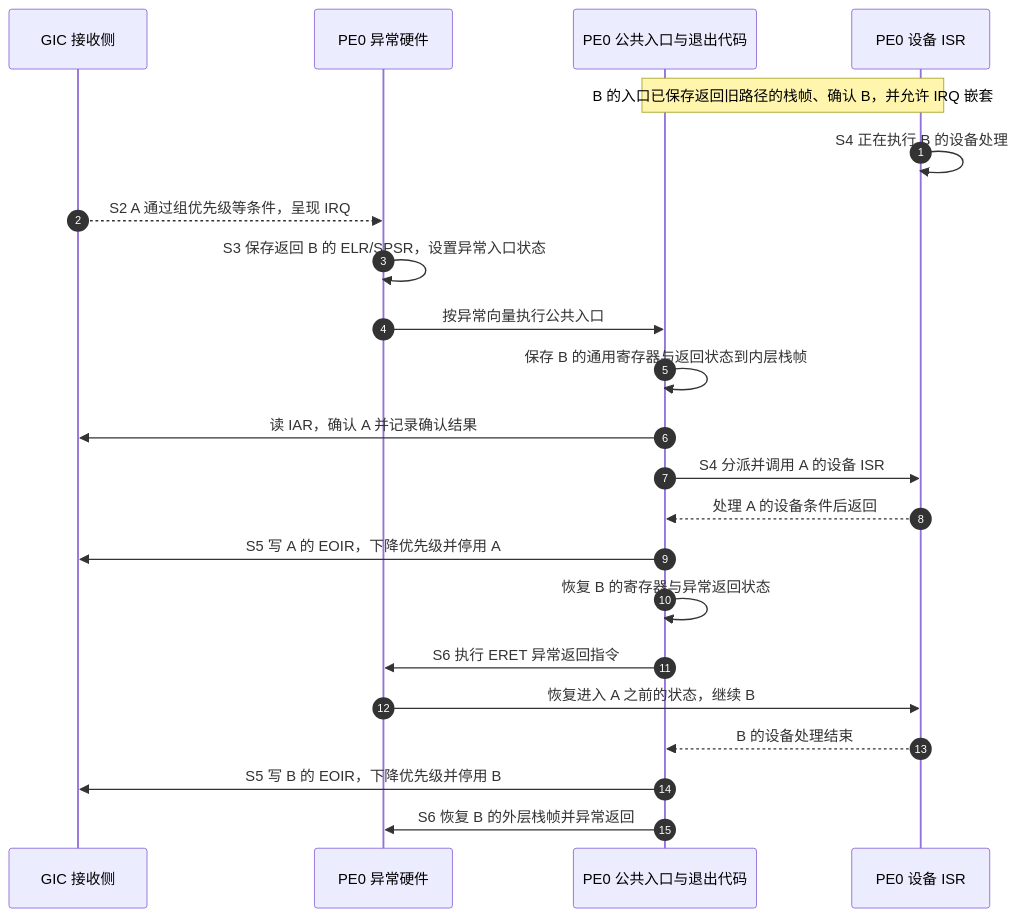
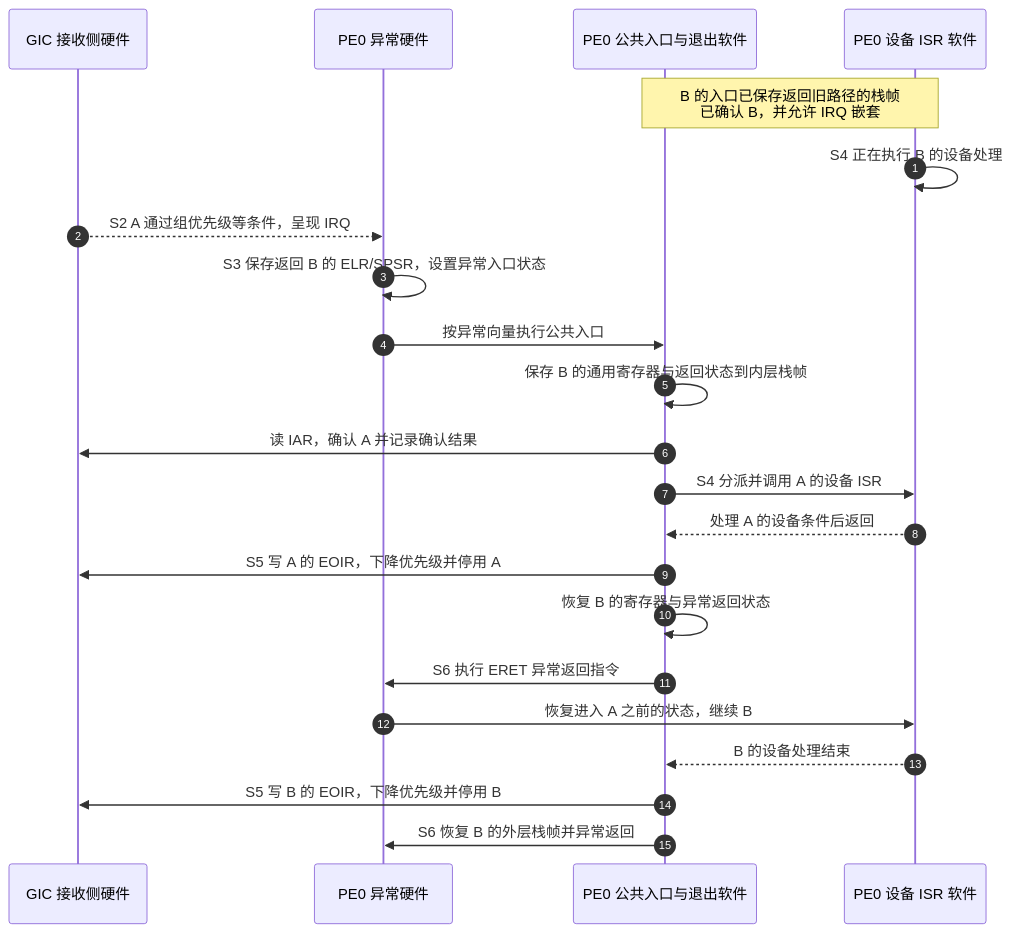
One commit to FormingSystem/linux_note changed the second of 2 diagrams in platforms/arm/architecture/gic/P05_优先级_屏蔽与嵌套处理.md. Above: the diagram before and after it, drawn with Mermaid. The commit also changed other lines of this file and 36 other files, not shown here.

````diff
--- a/platforms/arm/architecture/gic/P05_优先级_屏蔽与嵌套处理.md
+++ b/platforms/arm/architecture/gic/P05_优先级_屏蔽与嵌套处理.md
@@ -159,24 +234,24 @@
 ```mermaid
 sequenceDiagram
     autonumber
-    participant gic as GIC 接收侧
+    participant gic as GIC 接收侧硬件
     participant pe as PE0 异常硬件
-    participant entry as PE0 公共入口与退出代码
-    participant isr as PE0 设备 ISR
-    Note over entry,isr: B 的入口已保存返回旧路径的栈帧、确认 B，并允许 IRQ 嵌套
+    participant entry as PE0 公共入口与退出软件
+    participant isr as PE0 设备 ISR 软件
+    Note over entry,isr: B 的入口已保存返回旧路径的栈帧<br/>已确认 B，并允许 IRQ 嵌套
     isr->>isr: S4 正在执行 B 的设备处理
     gic-->>pe: S2 A 通过组优先级等条件，呈现 IRQ
     pe->>pe: S3 保存返回 B 的 ELR/SPSR，设置异常入口状态
     pe->>entry: 按异常向量执行公共入口
     entry->>entry: 保存 B 的通用寄存器与返回状态到内层栈帧
     entry->>gic: 读 IAR，确认 A 并记录确认结果
     entry->>isr: S4 分派并调用 A 的设备 ISR
     isr-->>entry: 处理 A 的设备条件后返回
     entry->>gic: S5 写 A 的 EOIR，下降优先级并停用 A
     entry->>entry: 恢复 B 的寄存器与异常返回状态
     entry->>pe: S6 执行 ERET 异常返回指令
     pe->>isr: 恢复进入 A 之前的状态，继续 B
     isr-->>entry: B 的设备处理结束
     entry->>gic: S5 写 B 的 EOIR，下降优先级并停用 B
     entry->>pe: S6 恢复 B 的外层栈帧并异常返回
 ```
````
